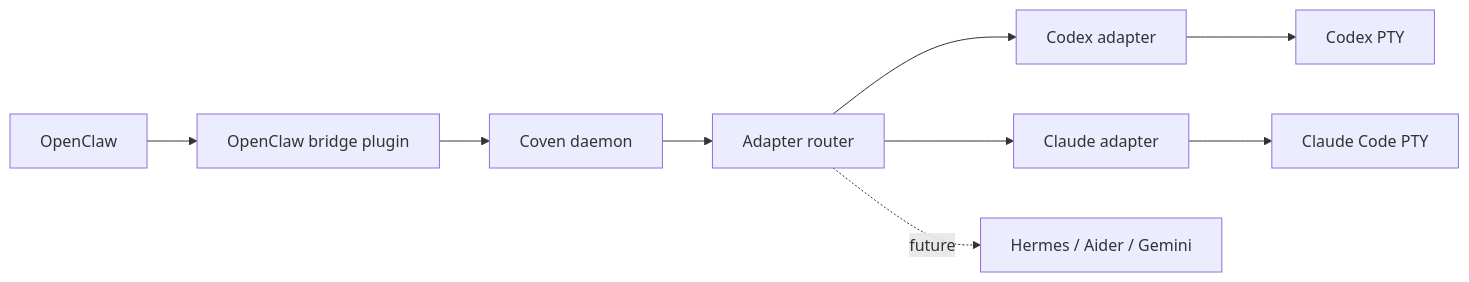
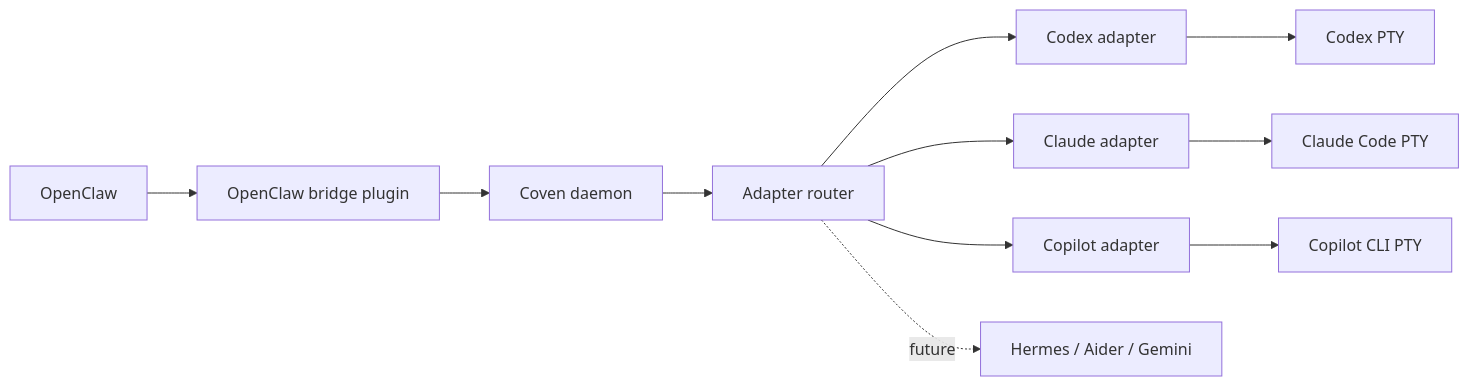
The diagram in docs/harnesses/index.md (OpenCoven/coven), drawn with Mermaid before and after one commit. The commit also changed other lines of this file and 17 other files, not shown here.

First line of the commit message:
docs: document the GitHub Copilot CLI harness across en/es/ru

````diff
--- a/docs/harnesses/index.md
+++ b/docs/harnesses/index.md
@@ -30,11 +33,13 @@
 ```mermaid
 flowchart LR
   Coven[Coven daemon] --> Adapter[Adapter router]
   Adapter --> CodexAdapter[Codex adapter]
   Adapter --> ClaudeAdapter[Claude adapter]
+  Adapter --> CopilotAdapter[Copilot adapter]
   Adapter -. future .-> Future[Hermes / Aider / Gemini]
   OpenClaw[OpenClaw] --> Bridge["OpenClaw bridge plugin"]
   Bridge --> Coven
   CodexAdapter --> CodexPty[Codex PTY]
   ClaudeAdapter --> ClaudePty[Claude Code PTY]
+  CopilotAdapter --> CopilotPty[Copilot CLI PTY]
 ```
````
